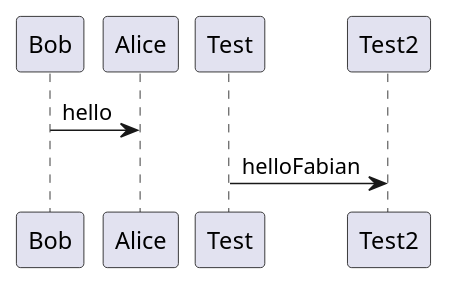
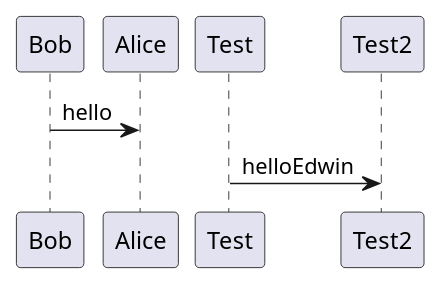
The diagram in diagrams/first.puml (falarcond/plantuml), drawn with PlantUML before and after one commit.

```diff
--- a/diagrams/first.puml
+++ b/diagrams/first.puml
@@ -1,4 +1,4 @@
 @startuml
 Bob -> Alice : hello
-Test -> Test2 : helloFabian
+Test -> Test2 : helloEdwin
 @enduml
```
